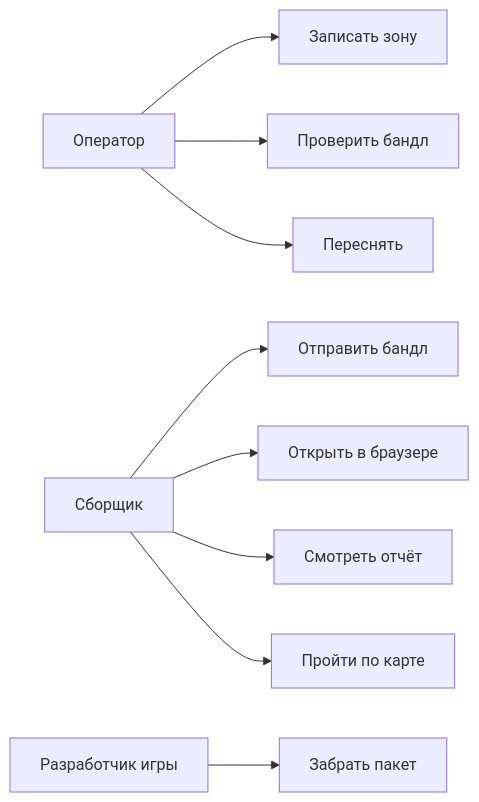
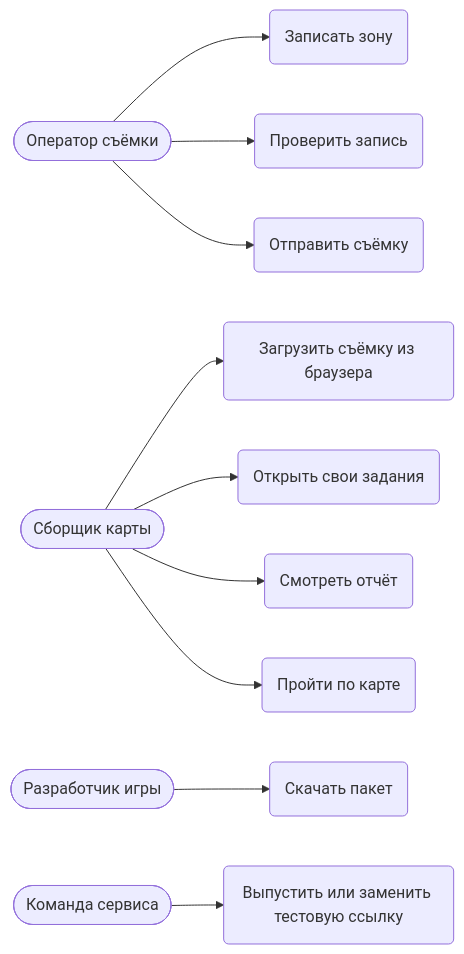
Before and after one commit to KalashnikovKV/nvc-business-analysis: the fourth of 6 diagrams in NVC-Maps-бизнес-анализ.md, drawn with Mermaid. The commit also changed other lines of this file and 46 other files, not shown here.

````diff
--- a/NVC-Maps-бизнес-анализ.md
+++ b/NVC-Maps-бизнес-анализ.md
@@ -273,14 +714,16 @@
 ```mermaid
 flowchart LR
-  Op[Оператор]
-  Coll[Сборщик]
-  Dev[Разработчик игры]
-  Op --> Rec[Записать зону]
-  Op --> Check[Проверить бандл]
-  Op --> Redo[Переснять]
-  Coll --> Send[Отправить бандл]
-  Coll --> Open[Открыть в браузере]
-  Coll --> Report[Смотреть отчёт]
-  Coll --> Walk[Пройти по карте]
-  Dev --> Take[Забрать пакет]
+  Op([Оператор съёмки])
+  Col([Сборщик карты])
+  Dev([Разработчик игры])
+  Team([Команда сервиса])
+  Op --> U1(Записать зону)
+  Op --> U2(Проверить запись)
+  Op --> U3(Отправить съёмку)
+  Col --> U4(Загрузить съёмку из браузера)
+  Col --> U5(Открыть свои задания)
+  Col --> U6(Смотреть отчёт)
+  Col --> U7(Пройти по карте)
+  Dev --> U8(Скачать пакет)
+  Team --> U9(Выпустить или заменить тестовую ссылку)
 ```
````
